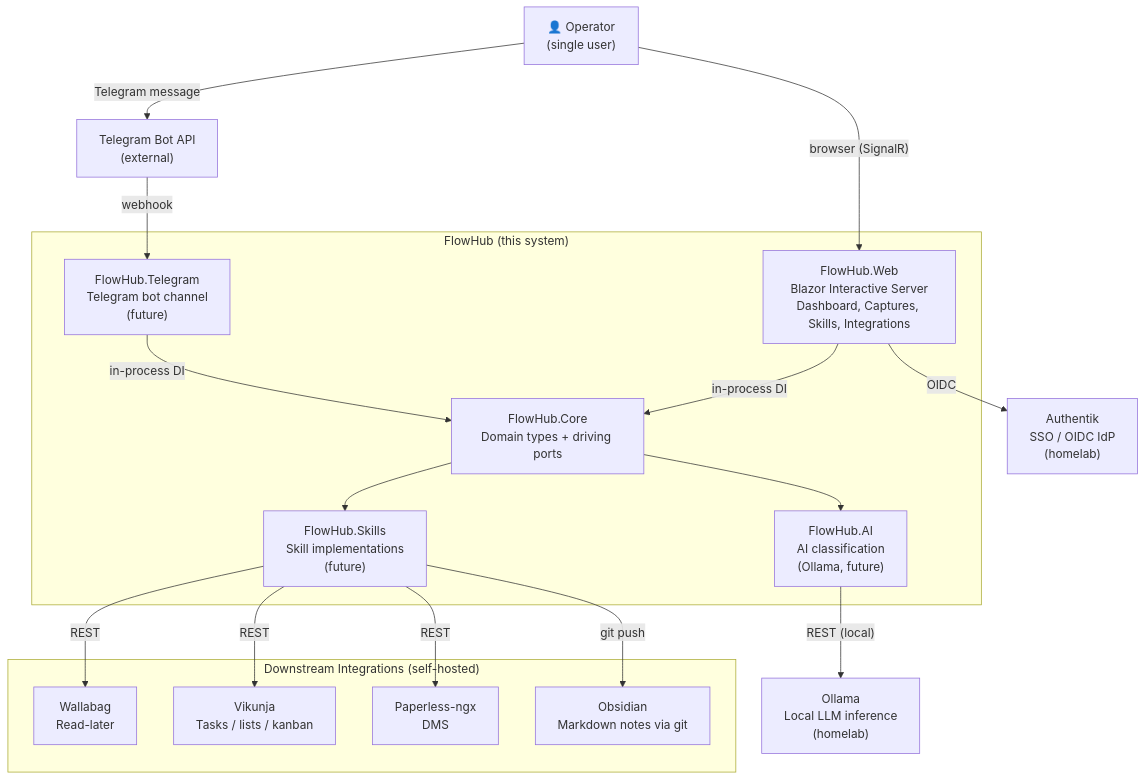
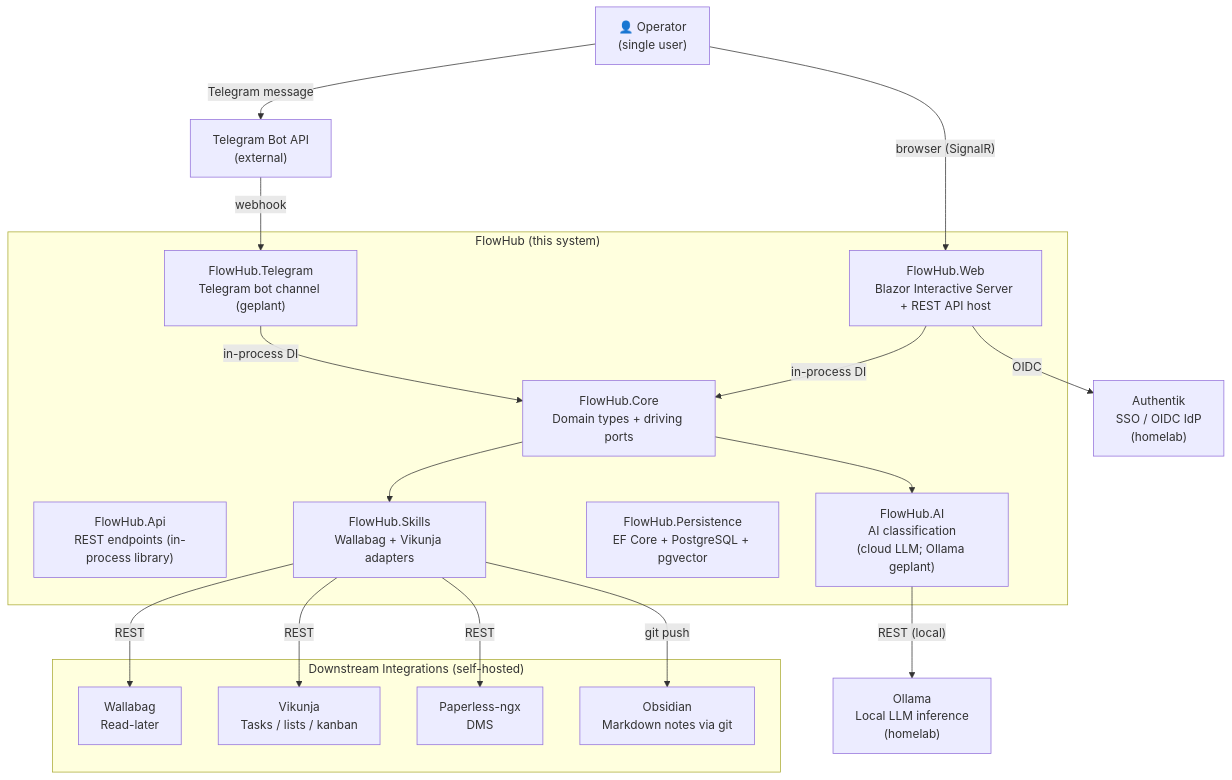
Before and after one commit to freaxnx01/FlowHub-CAS-AISE: the first of 2 diagrams in docs/spec/system-context.md, drawn with Mermaid. The commit also changed other lines of this file and 5 other files, not shown here.

````diff
--- a/docs/spec/system-context.md
+++ b/docs/spec/system-context.md
@@ -5,37 +5,39 @@
 ```mermaid
 graph TD
     Operator["👤 Operator<br/>(single user)"]
 
     subgraph FlowHub ["FlowHub (this system)"]
-        Web["FlowHub.Web<br/>Blazor Interactive Server<br/>Dashboard, Captures, Skills, Integrations"]
+        Web["FlowHub.Web<br/>Blazor Interactive Server + REST API host"]
         Core["FlowHub.Core<br/>Domain types + driving ports"]
-        AI["FlowHub.AI<br/>AI classification<br/>(Ollama, future)"]
-        Skills["FlowHub.Skills<br/>Skill implementations<br/>(future)"]
-        Telegram["FlowHub.Telegram<br/>Telegram bot channel<br/>(future)"]
+        Api["FlowHub.Api<br/>REST endpoints (in-process library)"]
+        AI["FlowHub.AI<br/>AI classification<br/>(cloud LLM; Ollama geplant)"]
+        Persistence["FlowHub.Persistence<br/>EF Core + PostgreSQL + pgvector"]
+        Skills["FlowHub.Skills<br/>Wallabag + Vikunja adapters"]
+        Telegram["FlowHub.Telegram<br/>Telegram bot channel (geplant)"]
     end
 
     subgraph Downstream ["Downstream Integrations (self-hosted)"]
         Wallabag["Wallabag<br/>Read-later"]
         Vikunja["Vikunja<br/>Tasks / lists / kanban"]
         Paperless["Paperless-ngx<br/>DMS"]
         Obsidian["Obsidian<br/>Markdown notes via git"]
     end
 
     Authentik["Authentik<br/>SSO / OIDC IdP<br/>(homelab)"]
     Ollama["Ollama<br/>Local LLM inference<br/>(homelab)"]
     TelegramAPI["Telegram Bot API<br/>(external)"]
 
     Operator -- "browser (SignalR)" --> Web
     Operator -- "Telegram message" --> TelegramAPI
     TelegramAPI -- "webhook" --> Telegram
     Web -- "in-process DI" --> Core
     Telegram -- "in-process DI" --> Core
     Core --> AI
     AI -- "REST (local)" --> Ollama
     Core --> Skills
     Skills -- "REST" --> Wallabag
     Skills -- "REST" --> Vikunja
     Skills -- "REST" --> Paperless
     Skills -- "git push" --> Obsidian
     Web -- "OIDC" --> Authentik
 ```
````
